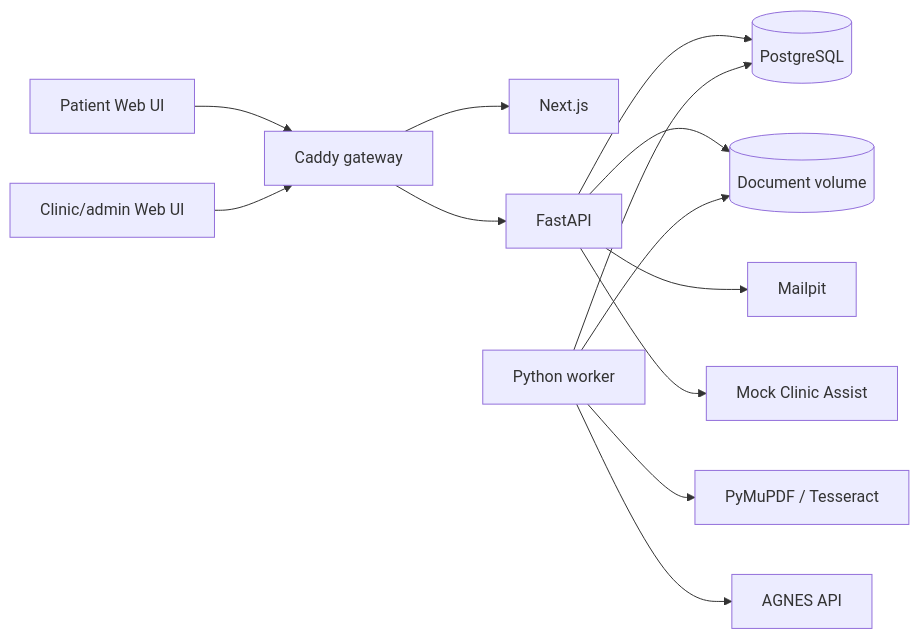
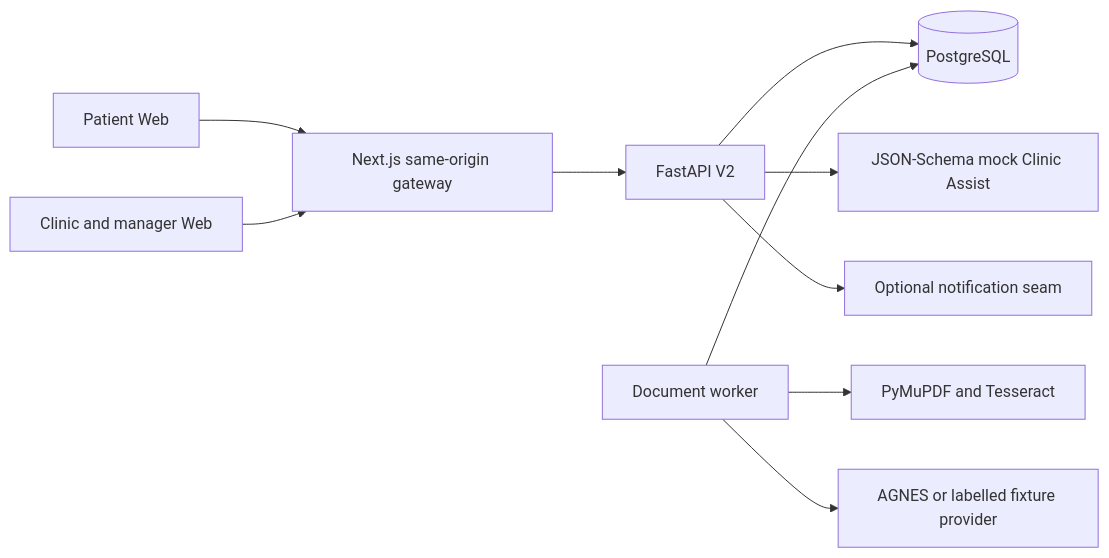
Before and after one commit to HappyCool121/hackforhealth: the diagram in docs/architecture.md, drawn with Mermaid. The commit also changed other lines of this file and 73 other files, not shown here.

````diff
--- a/docs/architecture.md
+++ b/docs/architecture.md
@@ -5,15 +5,12 @@
 ```mermaid
 flowchart LR
-  P[Patient Web UI] --> G[Caddy gateway]
-  S[Clinic/admin Web UI] --> G
-  G --> W[Next.js]
-  G --> A[FastAPI]
-  A --> DB[(PostgreSQL)]
-  A --> F[(Document volume)]
-  Q[Python worker] --> DB
-  Q --> F
-  Q --> O[PyMuPDF / Tesseract]
-  Q --> AG[AGNES API]
-  A --> M[Mailpit]
-  A --> CA[Mock Clinic Assist]
+  P["Patient Web"] --> N["Next.js same-origin gateway"]
+  S["Clinic and manager Web"] --> N
+  N --> A["FastAPI V2"]
+  A --> DB[("PostgreSQL")]
+  W["Document worker"] --> DB
+  W --> OCR["PyMuPDF and Tesseract"]
+  W --> AG["AGNES or labelled fixture provider"]
+  A --> CA["JSON-Schema mock Clinic Assist"]
+  A --> SMTP["Optional notification seam"]
 ```
````
